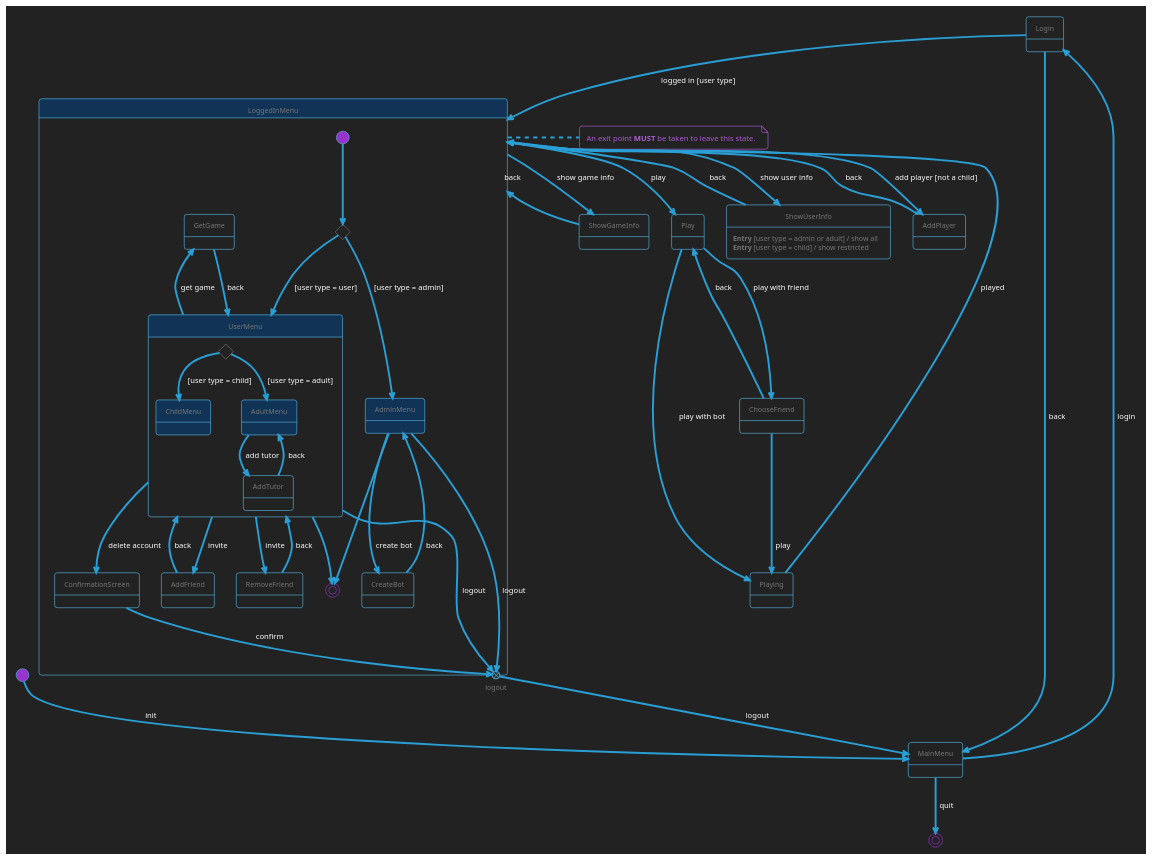
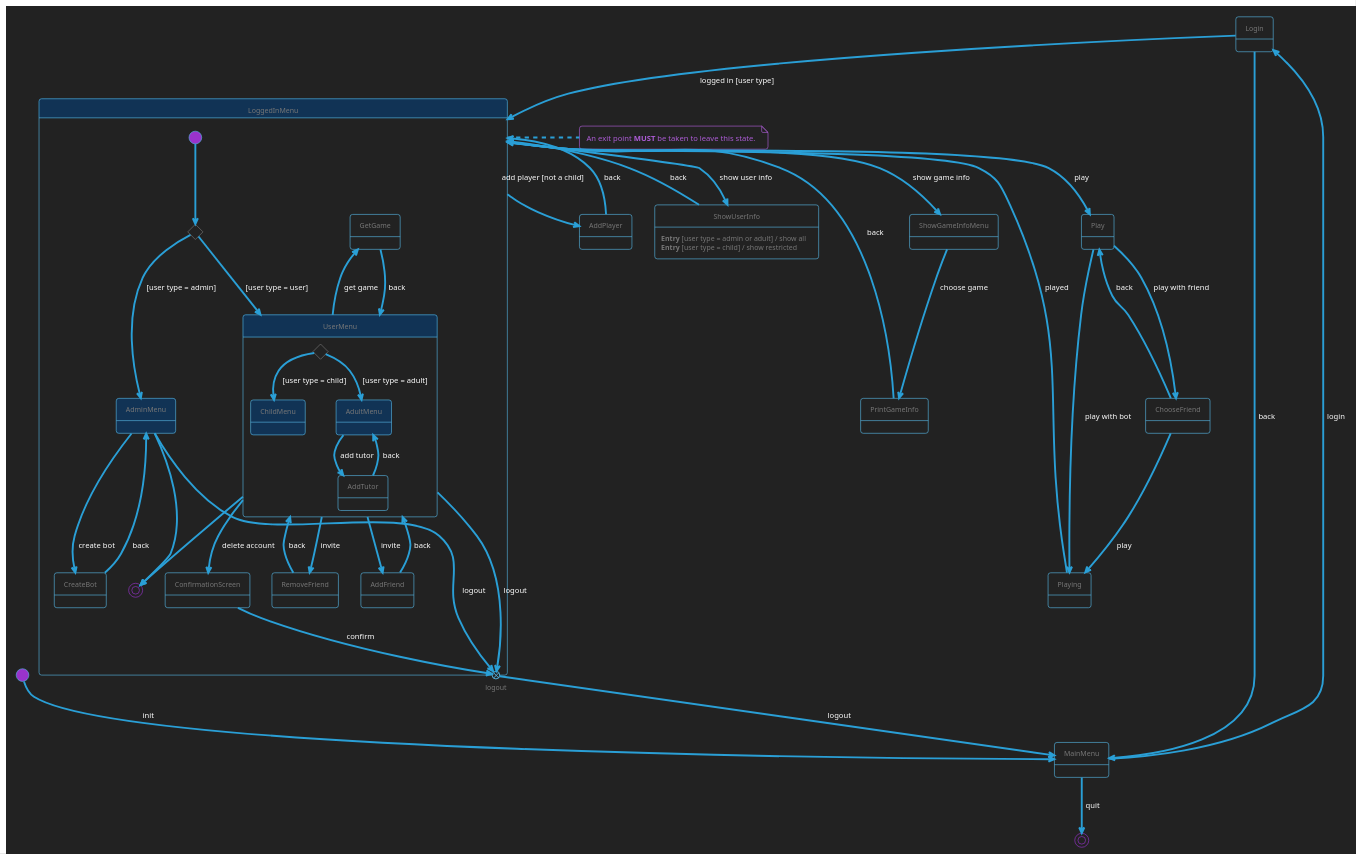
One commit to Picorims/game-hub changed the diagram in docs/menu_state_machine.plantuml. Above: the diagram before and after it, drawn with PlantUML. The commit also changed 6 other files, not shown here.

Commit message:
✨ feat(ui): show game info

```diff
--- a/docs/menu_state_machine.plantuml
+++ b/docs/menu_state_machine.plantuml
@@ -1,107 +1,109 @@
 @startuml menu_state_machine
 'MIT License
 '
 'Copyright (c) 2023 Picorims alias Charly Schmidt
 '
 'Permission is hereby granted, free of charge, to any person obtaining a copy
 'of this software and associated documentation files (the "Software"), to deal
 'in the Software without restriction, including without limitation the rights
 'to use, copy, modify, merge, publish, distribute, sublicense, and/or sell
 'copies of the Software, and to permit persons to whom the Software is
 'furnished to do so, subject to the following conditions:
 '
 'The above copyright notice and this permission notice shall be included in all
 'copies or substantial portions of the Software.
 '
 'THE SOFTWARE IS PROVIDED "AS IS", WITHOUT WARRANTY OF ANY KIND, EXPRESS OR
 'IMPLIED, INCLUDING BUT NOT LIMITED TO THE WARRANTIES OF MERCHANTABILITY,
 'FITNESS FOR A PARTICULAR PURPOSE AND NONINFRINGEMENT. IN NO EVENT SHALL THE
 'AUTHORS OR COPYRIGHT HOLDERS BE LIABLE FOR ANY CLAIM, DAMAGES OR OTHER
 'LIABILITY, WHETHER IN AN ACTION OF CONTRACT, TORT OR OTHERWISE, ARISING FROM,
 'OUT OF OR IN CONNECTION WITH THE SOFTWARE OR THE USE OR OTHER DEALINGS IN THE
 'SOFTWARE.
 
 !theme cyborg-outline
 skinparam BackgroundColor #222222
 
 state ShowUserInfo
-state ShowGameInfo
+state ShowGameInfoMenu
 state AddPlayer
 
 [*] --> MainMenu: init
 
 MainMenu --> Login: login
 MainMenu --> [*]: quit
 
 Login --> LoggedInMenu: logged in [user type]
 Login --> MainMenu: back
 
 state LoggedInMenu #113355 {
     state logout <<exitPoint>>
 
     state loginChoice <<choice>>
     [*] --> loginChoice
     loginChoice --> UserMenu: [user type = user]
     loginChoice --> AdminMenu: [user type = admin]
 
     state AdminMenu #113355
     AdminMenu --> logout: logout
     AdminMenu --> CreateBot: create bot
     AdminMenu --> [*]
 
     CreateBot --> AdminMenu: back
 
     state UserMenu #113355 {
         state userChoice <<choice>>
         userChoice --> ChildMenu: [user type = child]
         userChoice --> AdultMenu: [user type = adult]
 
         state ChildMenu #113355
 
         state AdultMenu #113355
         AdultMenu --> AddTutor: add tutor
 
         AddTutor --> AdultMenu: back
     }
     UserMenu --> AddFriend: invite
     UserMenu --> RemoveFriend: invite
     UserMenu -up-> GetGame: get game
     UserMenu --> logout: logout
     UserMenu --> ConfirmationScreen: delete account
     UserMenu --> [*]
 
     ConfirmationScreen --> logout: confirm
 
     GetGame --> UserMenu: back
 
     AddFriend --> UserMenu: back
 
     RemoveFriend --> UserMenu: back
 }
 logout --> MainMenu: logout
 LoggedInMenu --> ShowUserInfo: show user info
-LoggedInMenu --> ShowGameInfo: show game info
+LoggedInMenu --> ShowGameInfoMenu: show game info
 LoggedInMenu --> AddPlayer: add player [not a child]
 LoggedInMenu --> Play: play
 
 note right of LoggedInMenu
     An exit point <b>MUST</b> be taken to leave this state.
 end note
 
 ShowUserInfo: <b>Entry</b> [user type = admin or adult] / show all
 ShowUserInfo: <b>Entry</b> [user type = child] / show restricted
 ShowUserInfo --> LoggedInMenu: back
 
-ShowGameInfo --> LoggedInMenu: back
+ShowGameInfoMenu --> PrintGameInfo: choose game
+
+PrintGameInfo --> LoggedInMenu: back
 
 AddPlayer --> LoggedInMenu: back
 
 Play --> ChooseFriend: play with friend
 Play --> Playing: play with bot
 
 ChooseFriend --> Playing: play
 ChooseFriend --> Play: back
 
 Playing --> LoggedInMenu: played
 
 @enduml
```
